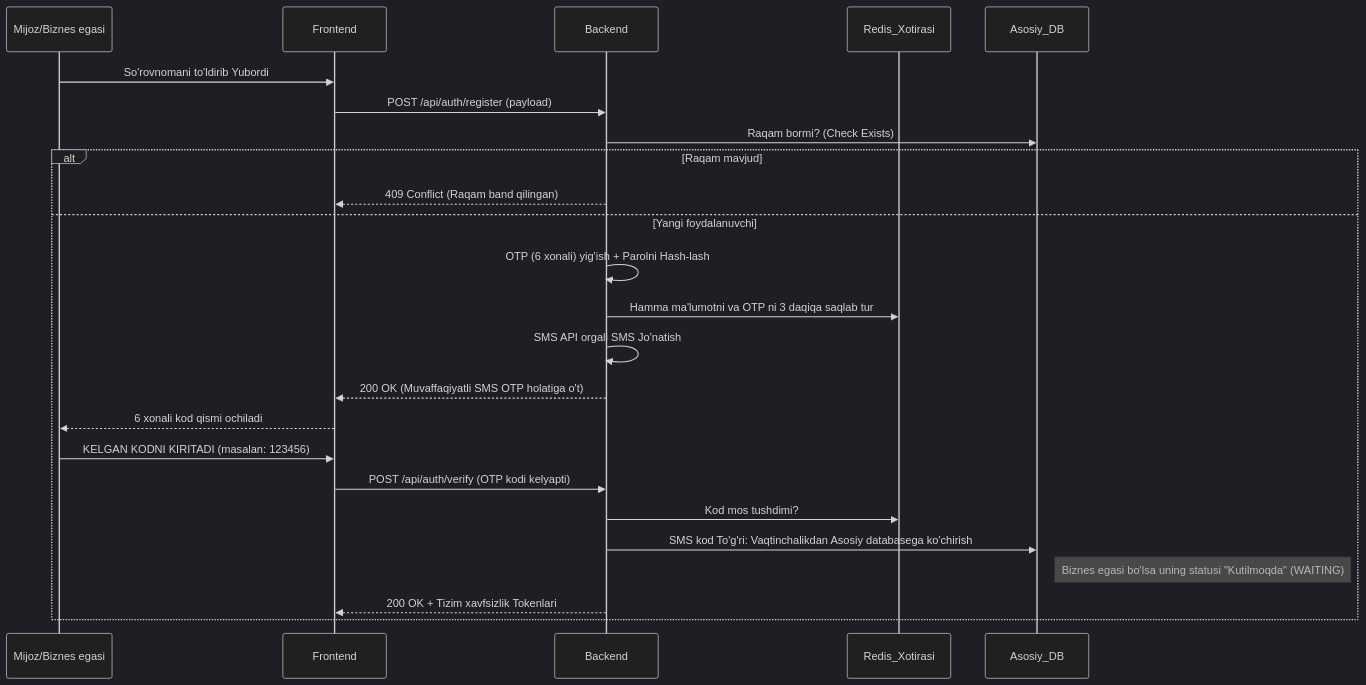
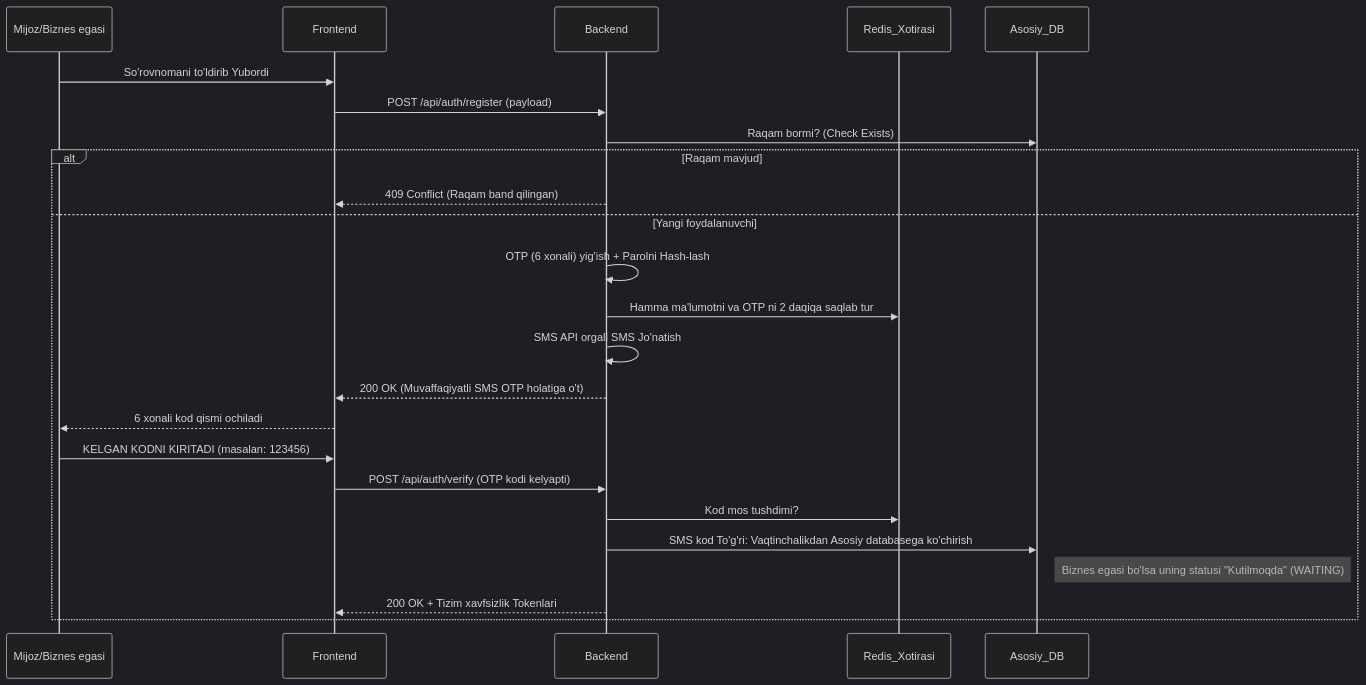
The diagram in AUTH_BEST_PRACTICES.md (dotabek082-droid/beauty), drawn with Mermaid (dark theme) before and after one commit. The commit also changed other lines of this file and 11 other files, not shown here.

````diff
--- a/AUTH_BEST_PRACTICES.md
+++ b/AUTH_BEST_PRACTICES.md
@@ -76,32 +73,32 @@
 ```mermaid
 sequenceDiagram
     participant Mijoz/Biznes egasi
     participant Frontend
     participant Backend
     participant Redis_Xotirasi
     participant Asosiy_DB
     
     %% Qadam 1: Ma'lumotlarni yuborish
     Mijoz/Biznes egasi->>Frontend: So'rovnomani to'ldirib Yubordi
     Frontend->>Backend: POST /api/auth/register (payload)
     
     %% Tekshirish
     Backend->>Asosiy_DB: Raqam bormi? (Check Exists)
     alt Raqam mavjud
         Backend-->>Frontend: 409 Conflict (Raqam band qilingan)
     else Yangi foydalanuvchi
         Backend->>Backend: OTP (6 xonali) yig'ish + Parolni Hash-lash
-        Backend->>Redis_Xotirasi: Hamma ma'lumotni va OTP ni 3 daqiqa saqlab tur
+        Backend->>Redis_Xotirasi: Hamma ma'lumotni va OTP ni 2 daqiqa saqlab tur
         Backend->>Backend: SMS API orgali SMS Jo'natish
         Backend-->>Frontend: 200 OK (Muvaffaqiyatli SMS OTP holatiga o't)
         
         %% Qadam 2: Kod tekshiruvi
         Frontend-->>Mijoz/Biznes egasi: 6 xonali kod qismi ochiladi
         Mijoz/Biznes egasi->>Frontend: KELGAN KODNI KIRITADI (masalan: 123456)
         Frontend->>Backend: POST /api/auth/verify (OTP kodi kelyapti)
         Backend->>Redis_Xotirasi: Kod mos tushdimi? 
         Backend->>Asosiy_DB: SMS kod To'g'ri: Vaqtinchalikdan Asosiy databasega ko'chirish
         note right of Asosiy_DB: Biznes egasi bo'lsa uning statusi "Kutilmoqda" (WAITING)
         Backend-->>Frontend: 200 OK + Tizim xavfsizlik Tokenlari
     end
 ```
````
